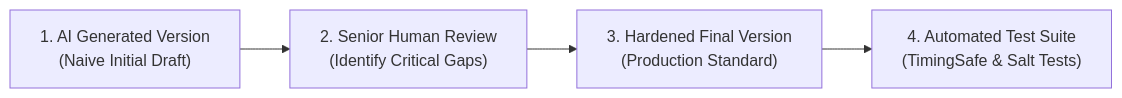
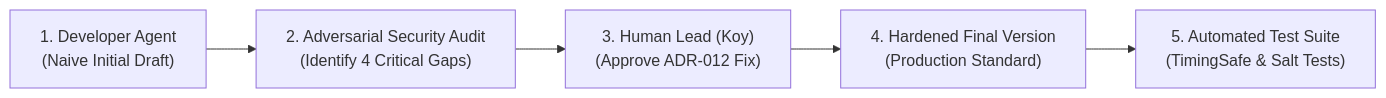
Before and after one commit to napaporn-s/lockgo-platform: the diagram in docs/09_AI_PROMPTS_AND_TRANSCRIPTS.md, drawn with Mermaid. The commit also changed other lines of this file and 1 other file, not shown here.

Commit message:
fix(defense/topic21): ปรับปรุงกระบวนการ AI Code Review เป็น Multi-Agent Adversarial Audit และเพิ่มบทสัมภาษณ์เจาะลึกใน Defense Guide

````diff
--- a/docs/09_AI_PROMPTS_AND_TRANSCRIPTS.md
+++ b/docs/09_AI_PROMPTS_AND_TRANSCRIPTS.md
@@ -177,6 +178,7 @@
 ```mermaid
 flowchart LR
-    V1["1. AI Generated Version\n(Naive Initial Draft)"] --> Review["2. Senior Human Review\n(Identify Critical Gaps)"]
-    Review --> V2["3. Hardened Final Version\n(Production Standard)"]
-    V2 --> Tests["4. Automated Test Suite\n(TimingSafe & Salt Tests)"]
+    V1["1. Developer Agent\n(Naive Initial Draft)"] --> Review["2. Adversarial Security Audit\n(Identify 4 Critical Gaps)"]
+    Review --> HumanGate["3. Human Lead (Koy)\n(Approve ADR-012 Fix)"]
+    HumanGate --> V2["4. Hardened Final Version\n(Production Standard)"]
+    V2 --> Tests["5. Automated Test Suite\n(TimingSafe & Salt Tests)"]
 ```
````
